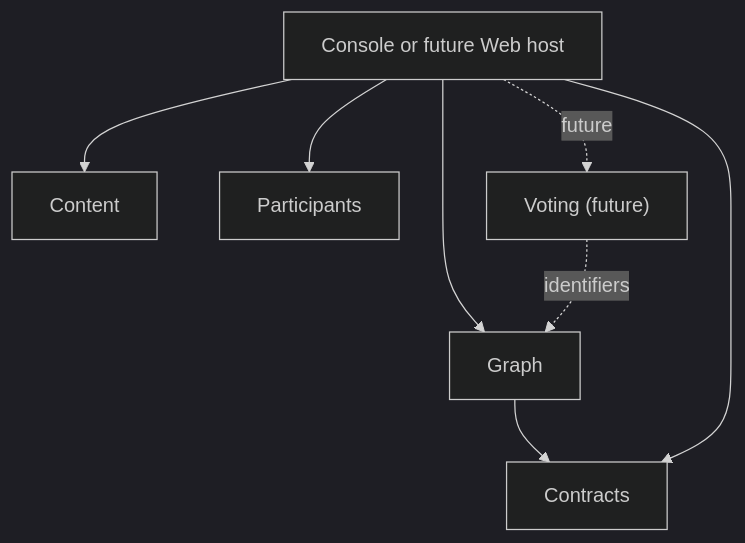
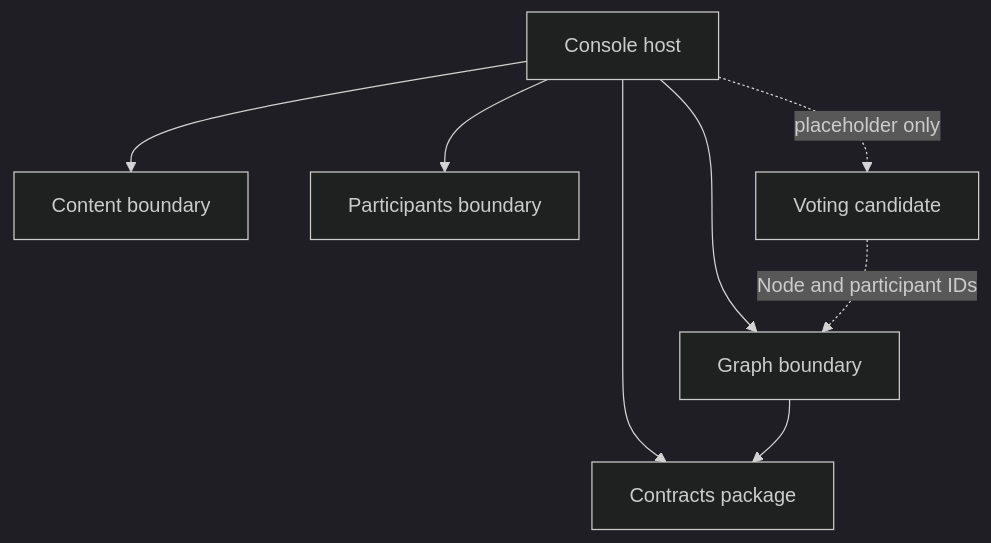
Before and after one commit to williamowen65/atlas-the-public-think-tank: the first of 2 diagrams in docs/architecture/CONTEXT-MAP.md, drawn with Mermaid (dark theme). The commit also changed other lines of this file, not shown here.

Commit message:
PTT-68 document current boundary coverage and gaps

````diff
--- a/docs/architecture/CONTEXT-MAP.md
+++ b/docs/architecture/CONTEXT-MAP.md
@@ -5,17 +11,17 @@
 ```mermaid
 flowchart TD
-    Host["Console or future Web host"]
-    Graph["Graph"]
-    Content["Content"]
-    Participants["Participants"]
-    Contracts["Contracts"]
-    Voting["Voting (future)"]
+    Console["Console host"]
+    Graph["Graph boundary"]
+    Content["Content boundary"]
+    Participants["Participants boundary"]
+    Contracts["Contracts package"]
+    Voting["Voting candidate"]
 
-    Host --> Graph
-    Host --> Content
-    Host --> Participants
-    Host -. future .-> Voting
+    Console --> Graph
+    Console --> Content
+    Console --> Participants
+    Console --> Contracts
     Graph --> Contracts
-    Host --> Contracts
-    Voting -. identifiers .-> Graph
+    Console -.->|placeholder only| Voting
+    Voting -.->|Node and participant IDs| Graph
 ```
````
